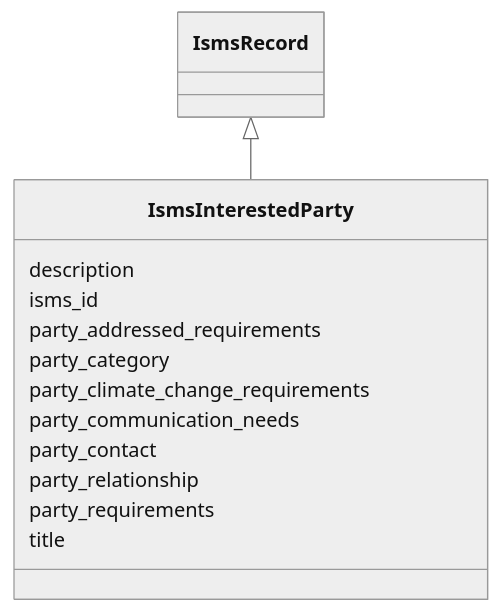
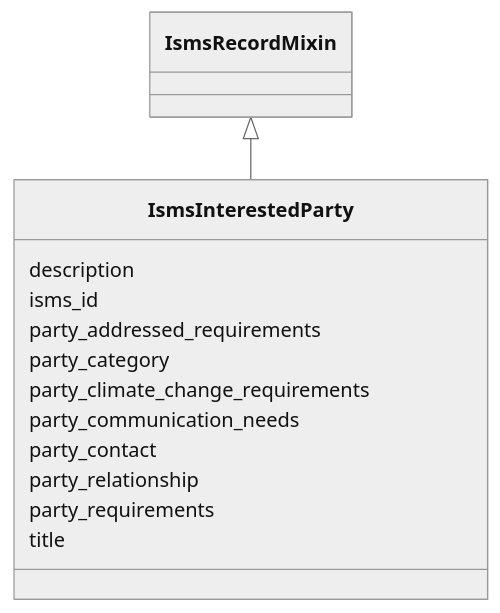
One commit to lmodel/iso27001 changed the diagram in project/mermaid/IsmsInterestedParty.md. Above: the diagram before and after it, drawn with Mermaid (neutral theme). The commit also changed 171 other files, not shown here.

Commit message:
refactor(schema): make the record base a mixin so adapt can root records

````diff
--- a/project/mermaid/IsmsInterestedParty.md
+++ b/project/mermaid/IsmsInterestedParty.md
@@ -4,29 +4,29 @@
 ```mermaid
  classDiagram
     class IsmsInterestedParty
     click IsmsInterestedParty href "../IsmsInterestedParty"
-      IsmsRecord <|-- IsmsInterestedParty
-        click IsmsRecord href "../IsmsRecord"
+      IsmsRecordMixin <|-- IsmsInterestedParty
+        click IsmsRecordMixin href "../IsmsRecordMixin"
       
       IsmsInterestedParty : description
         
       IsmsInterestedParty : isms_id
         
       IsmsInterestedParty : party_addressed_requirements
         
       IsmsInterestedParty : party_category
         
       IsmsInterestedParty : party_climate_change_requirements
         
       IsmsInterestedParty : party_communication_needs
         
       IsmsInterestedParty : party_contact
         
       IsmsInterestedParty : party_relationship
         
       IsmsInterestedParty : party_requirements
         
       IsmsInterestedParty : title
         
       
 ```
````
